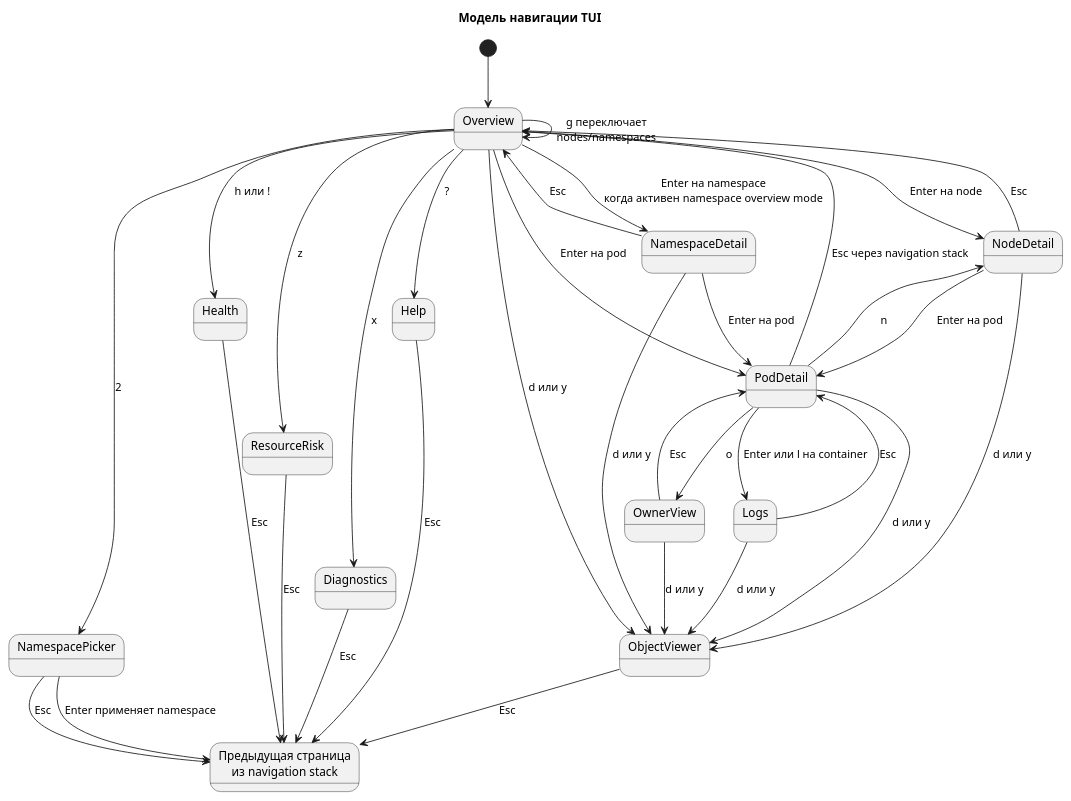
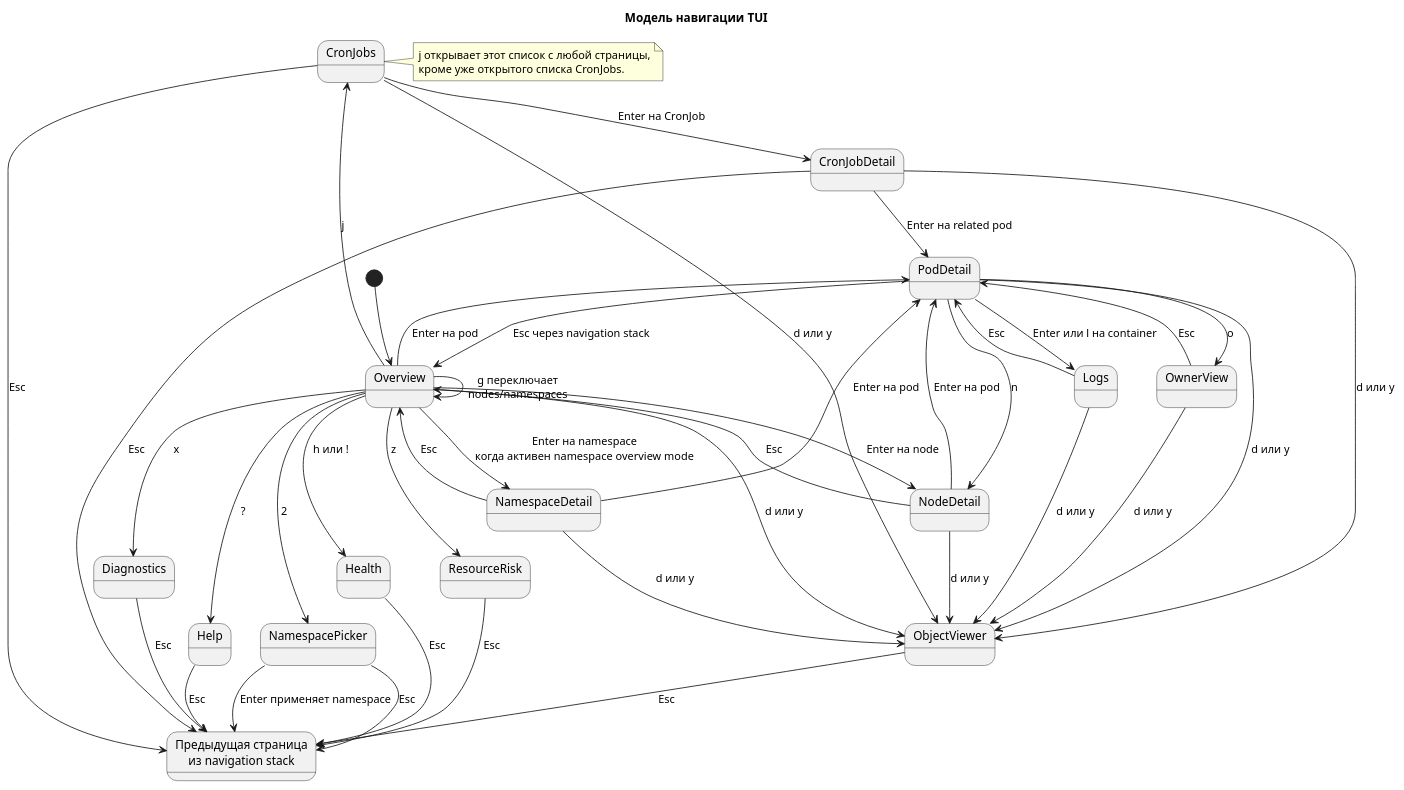
Before and after one commit to dtarasov7/ktop-py: the diagram in diagramms/tui-navigation-ru.puml, drawn with PlantUML. The commit also changed 16 other files, not shown here.

```diff
--- a/diagramms/tui-navigation-ru.puml
+++ b/diagramms/tui-navigation-ru.puml
@@ -1,46 +1,58 @@
 @startuml ktop_py_tui_navigation_ru
 title Модель навигации TUI
 
 skinparam backgroundColor white
 skinparam shadowing false
 
 [*] --> Overview
 
 Overview --> NodeDetail : Enter на node
 Overview --> NamespaceDetail : Enter на namespace\nкогда активен namespace overview mode
 Overview --> PodDetail : Enter на pod
 Overview --> NamespacePicker : 2
 Overview --> Health : h или !
 Overview --> ResourceRisk : z
 Overview --> Diagnostics : x
+Overview --> CronJobs : j
 Overview --> Help : ?
 Overview --> ObjectViewer : d или y
 Overview --> Overview : g переключает\nnodes/namespaces
 
 NodeDetail --> PodDetail : Enter на pod
 NodeDetail --> ObjectViewer : d или y
 NamespaceDetail --> PodDetail : Enter на pod
 NamespaceDetail --> ObjectViewer : d или y
 PodDetail --> Logs : Enter или l на container
 PodDetail --> NodeDetail : n
 PodDetail --> OwnerView : o
 PodDetail --> ObjectViewer : d или y
 Logs --> ObjectViewer : d или y
 OwnerView --> ObjectViewer : d или y
+CronJobs --> CronJobDetail : Enter на CronJob
+CronJobs --> ObjectViewer : d или y
+CronJobDetail --> PodDetail : Enter на related pod
+CronJobDetail --> ObjectViewer : d или y
+
+note right of CronJobs
+  j открывает этот список с любой страницы,
+  кроме уже открытого списка CronJobs.
+end note
 
 state "Предыдущая страница\nиз navigation stack" as PreviousPage
 
 NamespacePicker --> PreviousPage : Enter применяет namespace
 NamespacePicker --> PreviousPage : Esc
 Health --> PreviousPage : Esc
 ResourceRisk --> PreviousPage : Esc
 Diagnostics --> PreviousPage : Esc
 Help --> PreviousPage : Esc
 ObjectViewer --> PreviousPage : Esc
+CronJobs --> PreviousPage : Esc
+CronJobDetail --> PreviousPage : Esc
 Logs --> PodDetail : Esc
 OwnerView --> PodDetail : Esc
 NodeDetail --> Overview : Esc
 NamespaceDetail --> Overview : Esc
 PodDetail --> Overview : Esc через navigation stack
 
 @enduml
```
